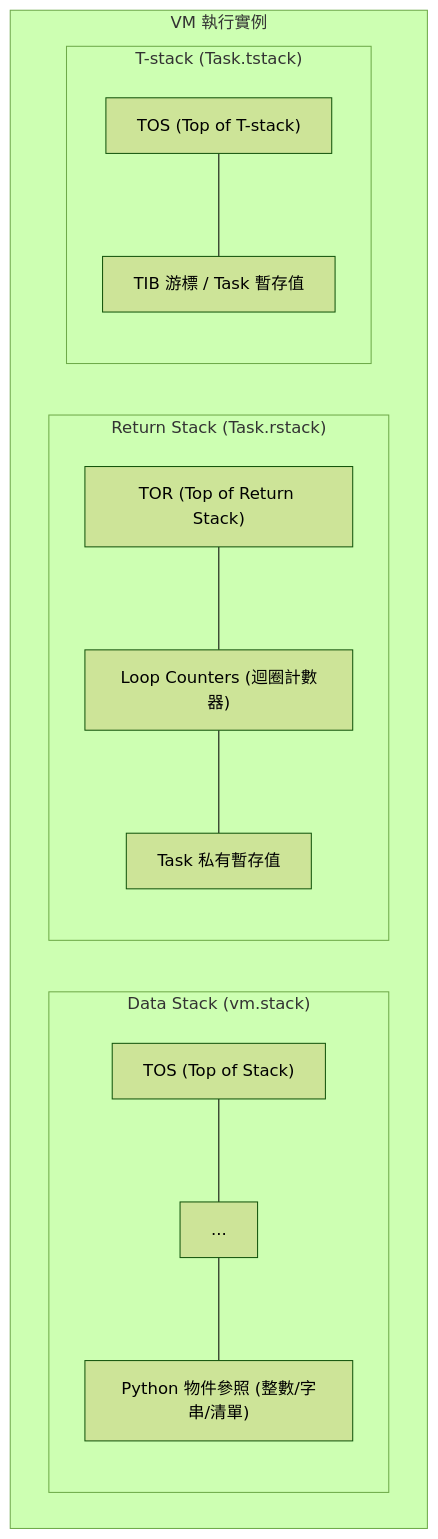
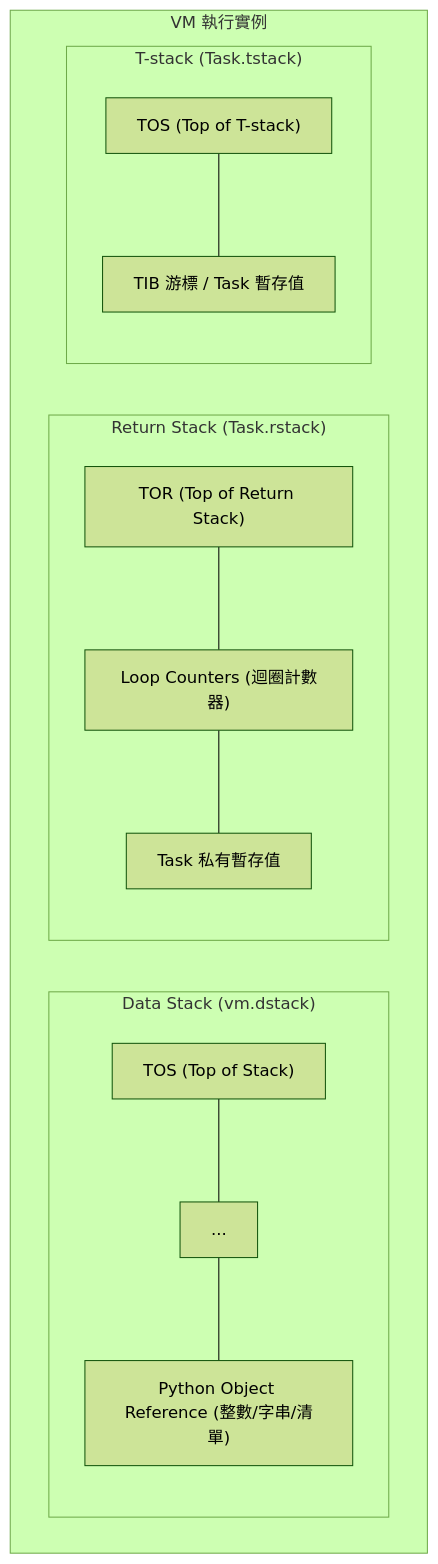
One commit to hcchengithub/playground-yr07d3ss changed the first of 6 diagrams in README.md. Above: the diagram before and after it, drawn with Mermaid (forest theme). The commit also changed other lines of this file, not shown here.

Commit message:
docs: update peforth 2.1 stack, module order and English technical terms

````diff
--- a/README.md
+++ b/README.md
@@ -56,28 +56,28 @@
 ```mermaid
 flowchart TB
     subgraph VM ["VM 執行實例"]
         direction LR
-        subgraph DS ["Data Stack (vm.stack)"]
+        subgraph DS ["Data Stack (vm.dstack)"]
             direction TB
             D1["TOS (Top of Stack)"]
             D2["..."]
-            D3["Python 物件參照 (整數/字串/清單)"]
+            D3["Python Object Reference (整數/字串/清單)"]
             D1 --- D2
             D2 --- D3
         end
         subgraph RS ["Return Stack (Task.rstack)"]
             direction TB
             R1["TOR (Top of Return Stack)"]
             R2["Loop Counters (迴圈計數器)"]
             R3["Task 私有暫存值"]
             R1 --- R2
             R2 --- R3
         end
         subgraph TS ["T-stack (Task.tstack)"]
             direction TB
             T1["TOS (Top of T-stack)"]
             T2["TIB 游標 / Task 暫存值"]
             T1 --- T2
         end
     end
 ```
````
